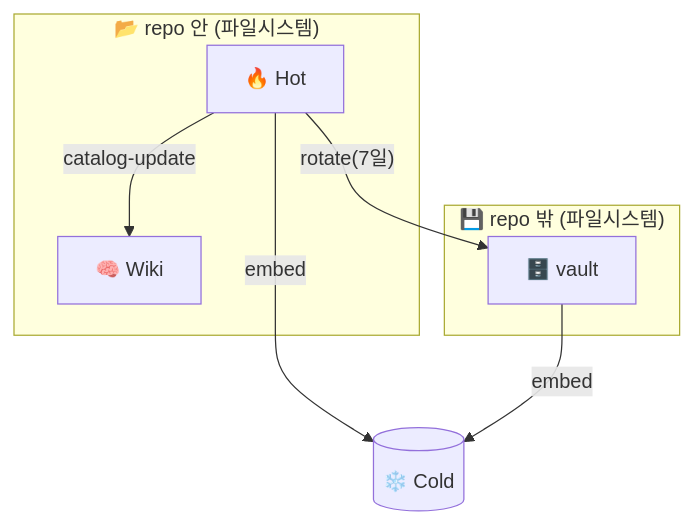
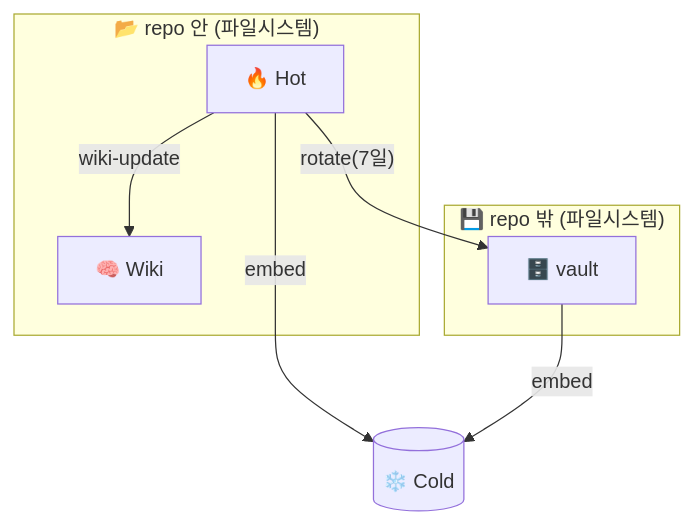
One commit to mzd-nrkim/loregist changed the second of 3 diagrams in README.md. Above: the diagram before and after it, drawn with Mermaid. The commit also changed other lines of this file, not shown here.

````diff
--- a/README.md
+++ b/README.md
@@ -31,16 +31,16 @@
 ```mermaid
 flowchart TB
     subgraph REPO["📂 repo 안 (파일시스템)"]
         HOT["🔥 Hot"]
         WIKI["🧠 Wiki"]
     end
     subgraph OUTREPO["💾 repo 밖 (파일시스템)"]
         VAULT["🗄️ vault"]
     end
     DB[("❄️ Cold")]
 
     HOT -->|"rotate(7일)"| VAULT
     HOT -->|embed| DB
     VAULT -->|embed| DB
-    HOT -->|"catalog-update"| WIKI
+    HOT -->|"wiki-update"| WIKI
 ```
````
